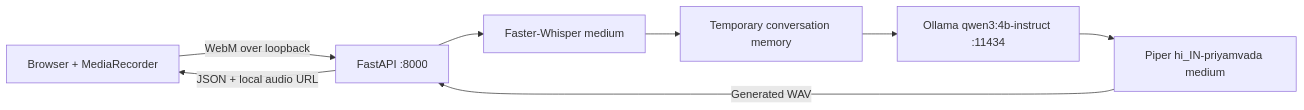
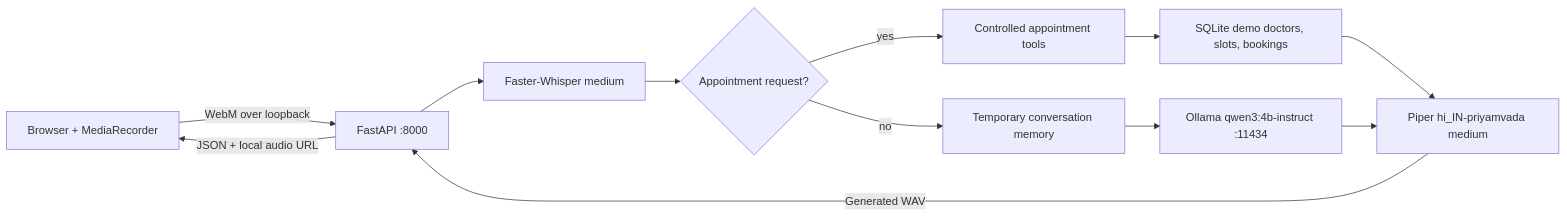
The diagram in README.md (SauravSKN/Voice-Agent), drawn with Mermaid before and after one commit. The commit also changed other lines of this file and 33 other files, not shown here.

````diff
--- a/README.md
+++ b/README.md
@@ -19,10 +23,14 @@
 ```mermaid
 flowchart LR
     B["Browser + MediaRecorder"] -->|"WebM over loopback"| A["FastAPI :8000"]
     A --> W["Faster-Whisper medium"]
-    W --> M["Temporary conversation memory"]
+    W --> R{"Appointment request?"}
+    R -->|"yes"| T["Controlled appointment tools"]
+    T --> D["SQLite demo doctors, slots, bookings"]
+    R -->|"no"| M["Temporary conversation memory"]
     M --> O["Ollama qwen3:4b-instruct :11434"]
-    O --> P["Piper hi_IN-priyamvada medium"]
+    D --> P["Piper hi_IN-priyamvada medium"]
+    O --> P
     P -->|"Generated WAV"| A
     A -->|"JSON + local audio URL"| B
 ```
````
